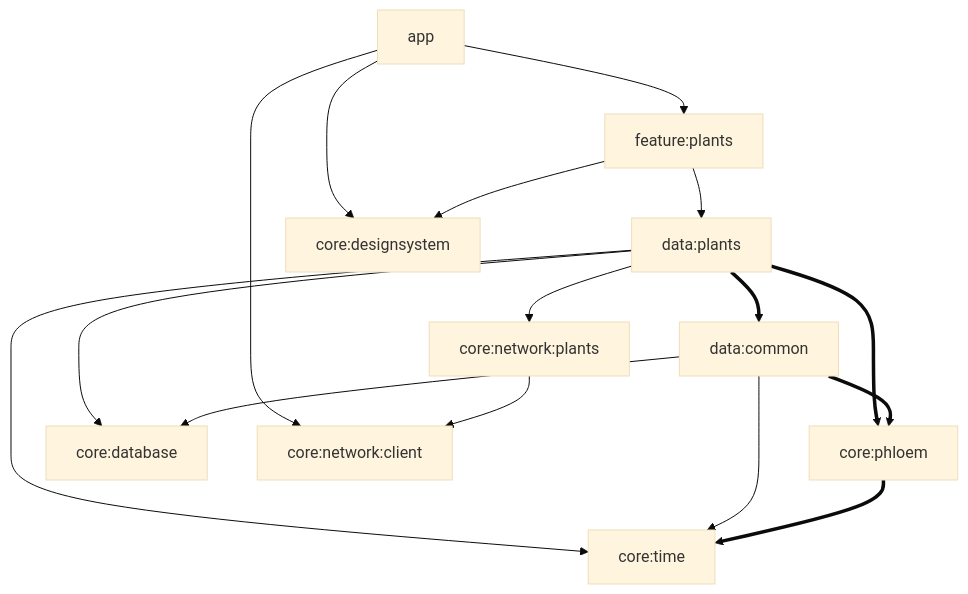
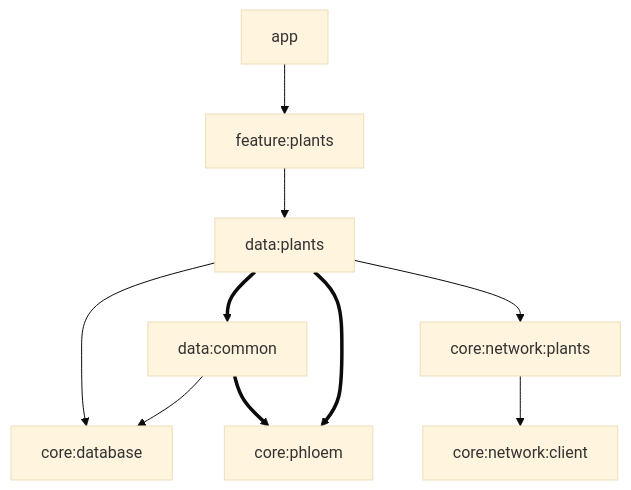
Before and after one commit to ilyneh/leaflet: the diagram in README.md, drawn with Mermaid (base theme).

Commit message:
Simplify README module graph for improved readability

````diff
--- a/README.md
+++ b/README.md
@@ -60,33 +60,12 @@
 ```mermaid
 graph TD
-    app[app]
-    featurePlants[feature:plants]
-    dataPlants[data:plants]
-    dataCommon[data:common]
-    phloem[core:phloem]
-    time[core:time]
-    database[core:database]
-    networkPlants[core:network:plants]
-    networkClient[core:network:client]
-    designsystem[core:designsystem]
-
-    app --> featurePlants
-    app --> designsystem
-    app --> networkClient
-
-    featurePlants --> dataPlants
-    featurePlants --> designsystem
-
-    dataPlants ==> dataCommon
-    dataPlants ==> phloem
-    dataPlants --> networkPlants
-    dataPlants --> database
-    dataPlants --> time
-
+    app[app] --> featurePlants[feature:plants]
+    featurePlants --> dataPlants[data:plants]
+    dataPlants --> database[core:database]
+    dataPlants ==> dataCommon[data:common]
+    dataPlants ==> phloem[core:phloem]
+    dataPlants --> networkPlants[core:network:plants]
+    dataCommon --> database
     dataCommon ==> phloem
-    dataCommon --> database
-    dataCommon --> time
-
-    networkPlants --> networkClient
-    phloem ==> time
+    networkPlants --> networkClient[core:network:client]
 ```
````
